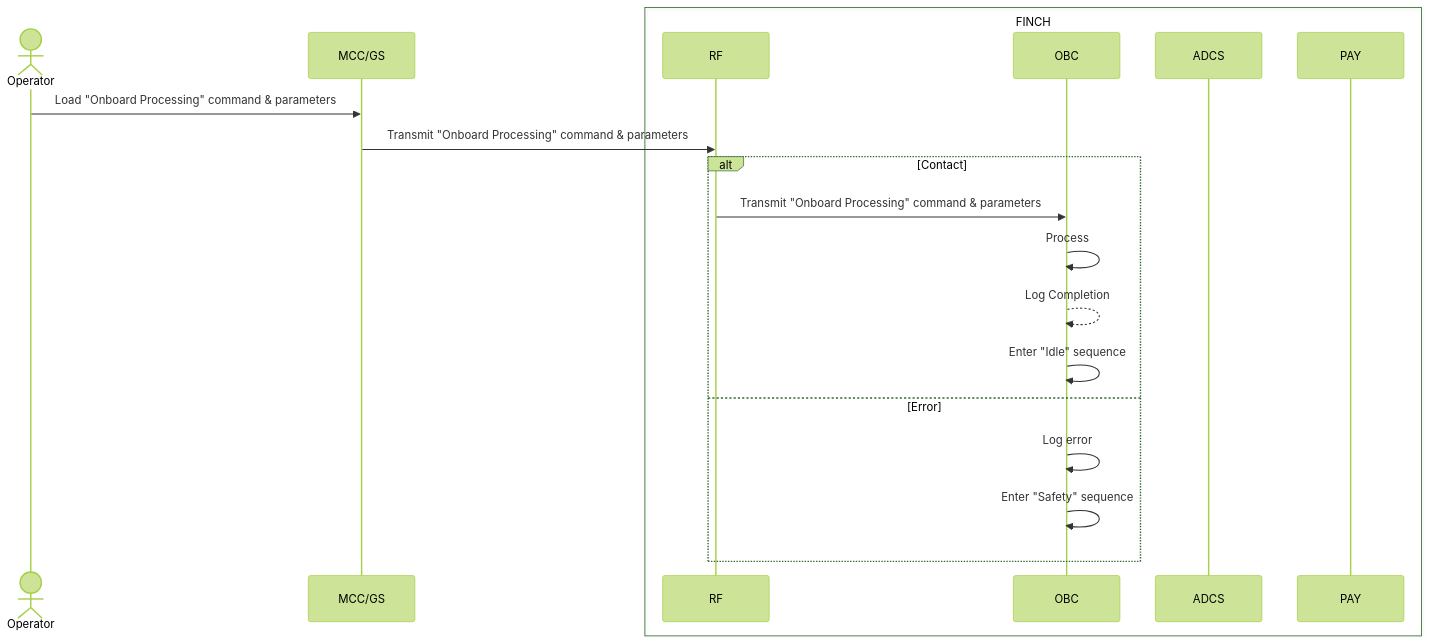
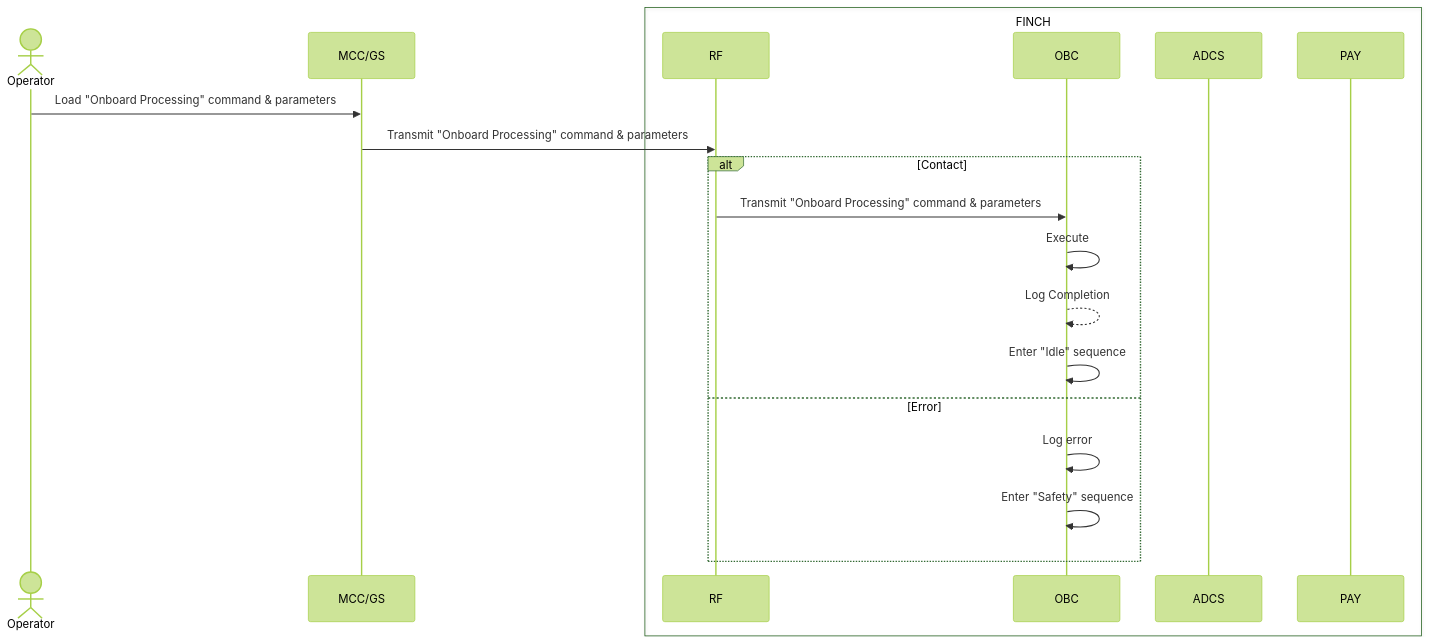
The diagram in command sequences/onboard-processing-command.md (utat-ss/FINCH-sequence-diagrams), drawn with Mermaid (forest theme) before and after one commit.

````diff
--- a/command sequences/onboard-processing-command.md
+++ b/command sequences/onboard-processing-command.md
@@ -2,28 +2,28 @@
 ```mermaid
 
 sequenceDiagram
     Actor Operator
     participant MCC/GS
     box FINCH
         participant RF
         participant OBC
         participant ADCS
         participant PAY
     end
 
     Operator->>MCC/GS: Load "Onboard Processing" command & parameters
     MCC/GS->>RF: Transmit "Onboard Processing" command & parameters
 
     alt Contact
         RF->>OBC: Transmit "Onboard Processing" command & parameters
-        OBC->>OBC: Process
+        OBC->>OBC: Execute
         OBC-->>OBC: Log Completion
         OBC->>OBC: Enter "Idle" sequence
     
     else Error
         OBC->>OBC: Log error
         OBC->>OBC: Enter "Safety" sequence
     end
     
 
 ```
````
